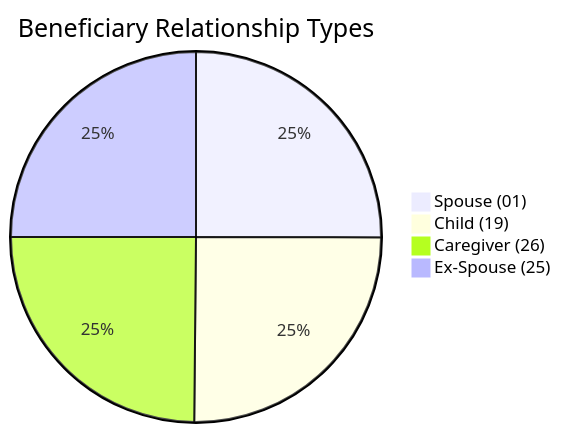
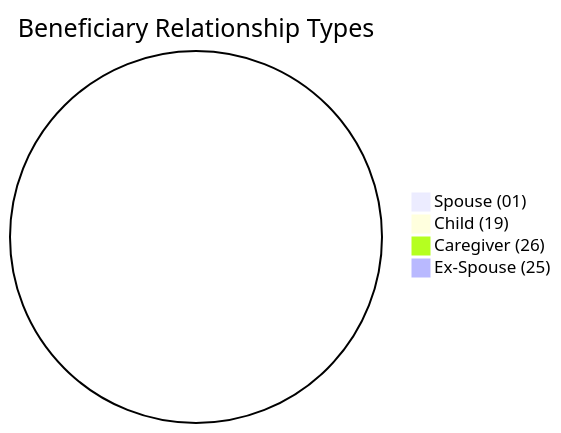
The eighth of 10 diagrams in test-tools/DataGen/src/Statistics_Visualizer.md (dhagan-va/intern-2025), drawn with Mermaid before and after one commit. The commit also changed other lines of this file and 2 other files, not shown here.

````diff
--- a/test-tools/DataGen/src/Statistics_Visualizer.md
+++ b/test-tools/DataGen/src/Statistics_Visualizer.md
@@ -88,7 +88,7 @@
 ```mermaid
 pie title Beneficiary Relationship Types
-    "Spouse (01)" : 25034
-    "Child (19)" : 25117
-    "Caregiver (26)" : 24849
-    "Ex-Spouse (25)" : 25000
+    "Spouse (01)" : 0
+    "Child (19)" : 0
+    "Caregiver (26)" : 0
+    "Ex-Spouse (25)" : 0
 ```
````
